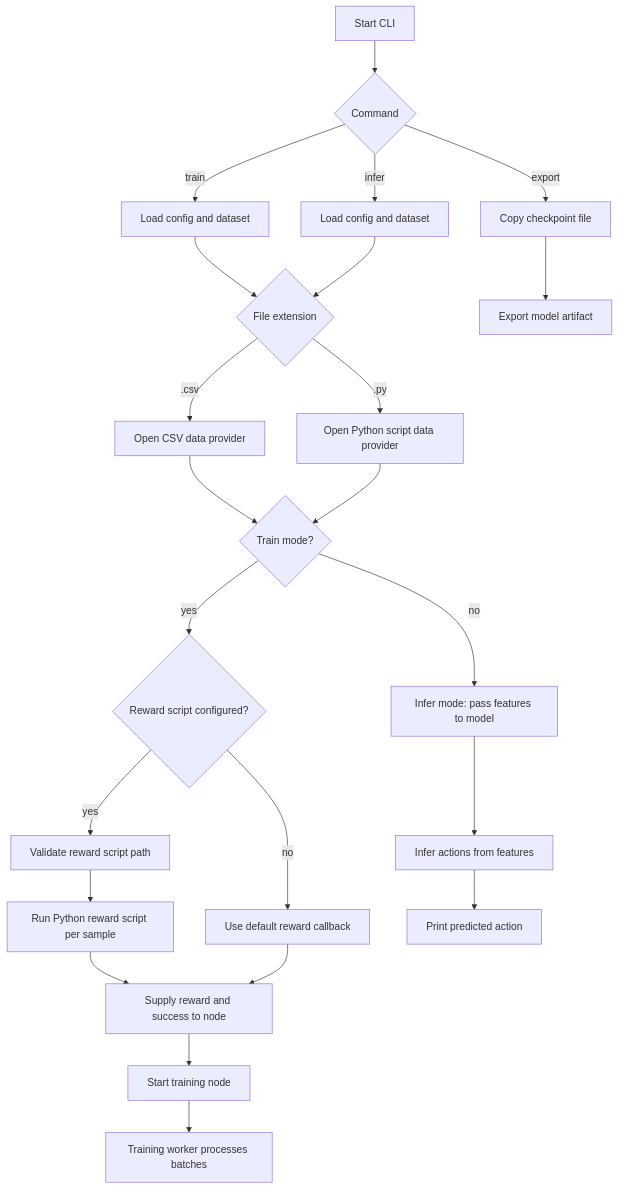
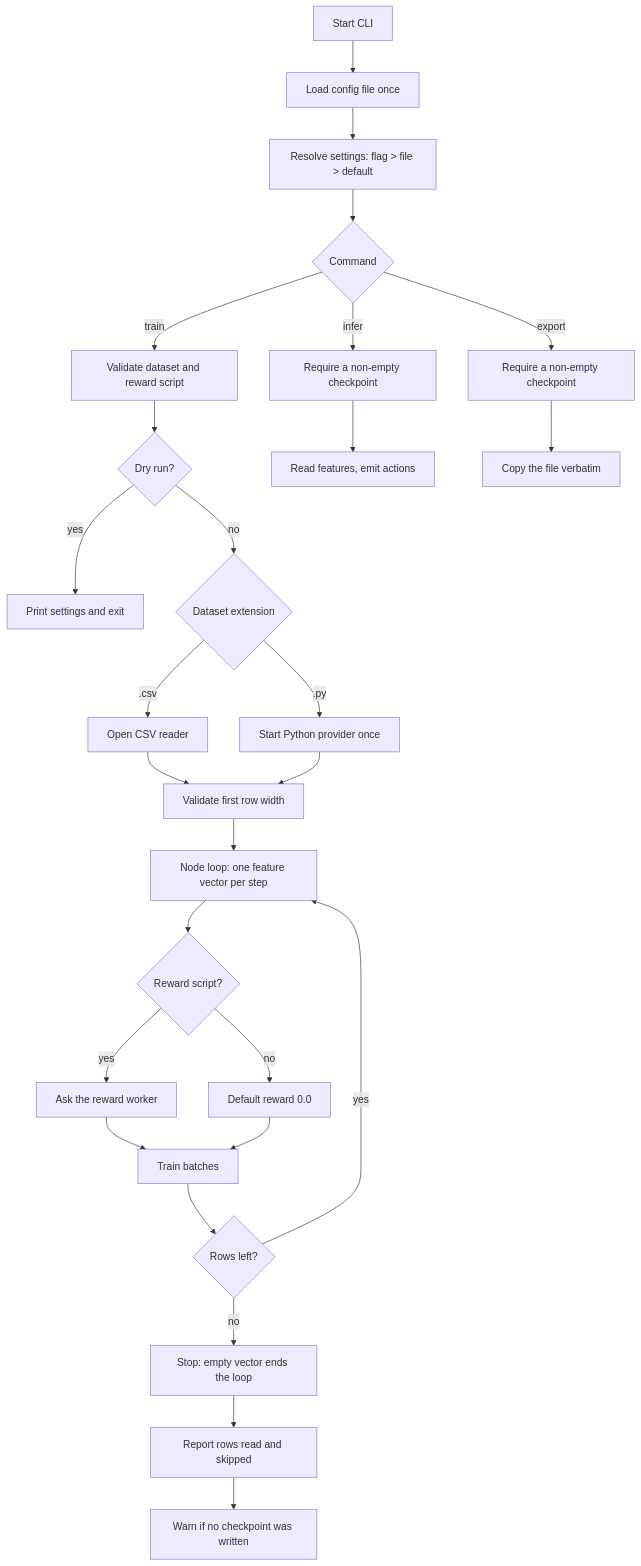
The diagram in docs/cli_workflow.md (ali-heidari/RLT-CLI), drawn with Mermaid before and after one commit. The commit also changed other lines of this file and 5 other files, not shown here.

````diff
--- a/docs/cli_workflow.md
+++ b/docs/cli_workflow.md
@@ -7,25 +7,32 @@
 ```mermaid
 flowchart TD
-    A[Start CLI] --> B{Command}
-    B --> |train| C[Load config and dataset]
-    B --> |infer| D[Load config and dataset]
-    B --> |export| E[Copy checkpoint file]
-    C --> F{File extension}
-    D --> F
-    F --> |.csv| G[Open CSV data provider]
-    F --> |.py| H[Open Python script data provider]
-    G --> I{Train mode?}
-    H --> I
-    I --> |yes| J{Reward script configured?}
-    I --> |no| K[Infer mode: pass features to model]
-    J --> |yes| L[Validate reward script path]
-    J --> |no| M[Use default reward callback]
-    L --> N[Run Python reward script per sample]
-    N --> O[Supply reward and success to node]
-    M --> O
-    O --> P[Start training node]
-    P --> Q[Training worker processes batches]
-    K --> R[Infer actions from features]
-    R --> S[Print predicted action]
-    E --> T[Export model artifact]
+    A[Start CLI] --> B[Load config file once]
+    B --> C[Resolve settings: flag > file > default]
+    C --> D{Command}
+
+    D --> |train| E[Validate dataset and reward script]
+    E --> F{Dry run?}
+    F --> |yes| G[Print settings and exit]
+    F --> |no| H{Dataset extension}
+    H --> |.csv| I[Open CSV reader]
+    H --> |.py| J[Start Python provider once]
+    I --> K[Validate first row width]
+    J --> K
+    K --> L[Node loop: one feature vector per step]
+    L --> M{Reward script?}
+    M --> |yes| N[Ask the reward worker]
+    M --> |no| O[Default reward 0.0]
+    N --> P[Train batches]
+    O --> P
+    P --> Q{Rows left?}
+    Q --> |yes| L
+    Q --> |no| R[Stop: empty vector ends the loop]
+    R --> S[Report rows read and skipped]
+    S --> T[Warn if no checkpoint was written]
+
+    D --> |infer| U[Require a non-empty checkpoint]
+    U --> V[Read features, emit actions]
+
+    D --> |export| W[Require a non-empty checkpoint]
+    W --> X[Copy the file verbatim]
 ```
````
